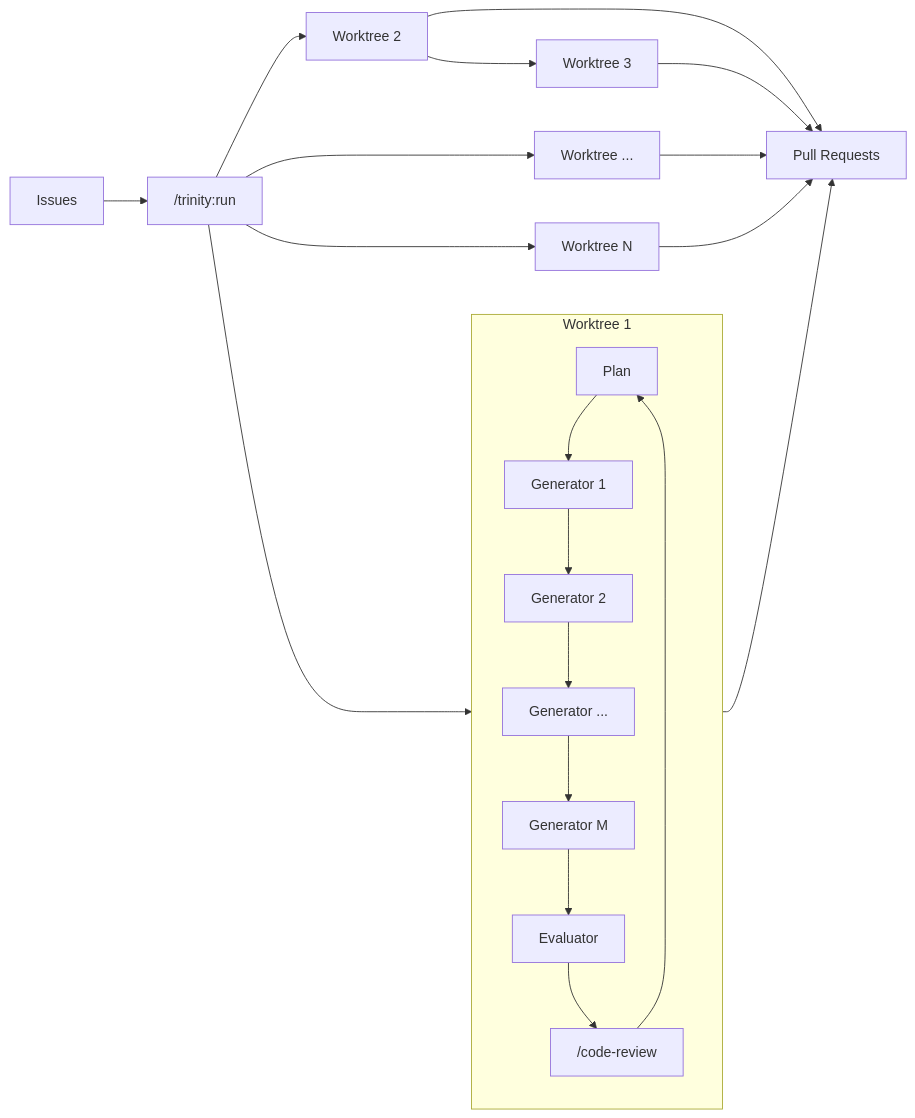
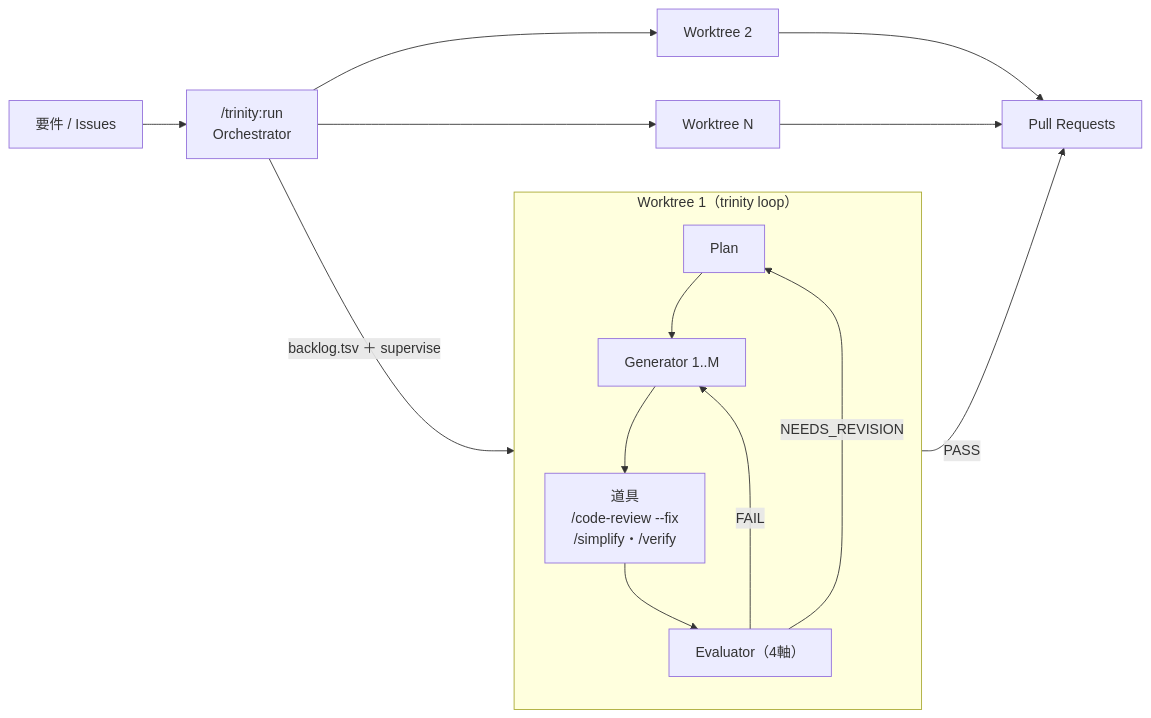
The diagram in README.md (yjn279/trinity), drawn with Mermaid before and after one commit. The commit also changed other lines of this file and 9 other files, not shown here.

````diff
--- a/README.md
+++ b/README.md
@@ -39,40 +60,26 @@
 ```mermaid
 flowchart LR
-  Issues["Issues"] --> Run["/trinity:run"]
+  Req["要件 / Issues"] --> Run["/trinity:run<br/>Orchestrator"]
 
-  subgraph WT1["Worktree 1"]
+  Run -->|backlog.tsv ＋ supervise| WT1
+  Run --> WT2
+  Run --> WTN
+
+  subgraph WT1["Worktree 1（trinity loop）"]
     direction TB
     Plan["Plan"]
-    G1["Generator 1"]
-    G2["Generator 2"]
-    GY["Generator ..."]
-    GM["Generator M"]
-    Eval["Evaluator"]
-    CR["/code-review"]
+    Gen["Generator 1..M"]
+    Tools["道具<br/>/code-review --fix<br/>/simplify・/verify"]
+    Eval["Evaluator（4軸）"]
+    Plan --> Gen --> Tools --> Eval
+    Eval -->|NEEDS_REVISION| Plan
+    Eval -->|FAIL| Gen
   end
 
   WT2["Worktree 2"]
-  WT3["Worktree 3"]
-  WTX["Worktree ..."]
   WTN["Worktree N"]
 
-  Run --> WT2
-  WT2 --> WT3
-  Run --> WTX
-  Run --> WTN
-
-  Run --> WT1
-  Plan --> G1
-  G1 --> G2
-  G2 --> GY
-  GY --> GM
-  GM --> Eval
-  Eval --> CR
-  CR --> Plan
-
-  WT1 --> PullRequests["Pull Requests"]
-  WT2 --> PullRequests
-  WT3 --> PullRequests
-  WTX --> PullRequests
-  WTN --> PullRequests
+  Eval -->|PASS| PR["Pull Requests"]
+  WT2 --> PR
+  WTN --> PR
 ```
````
